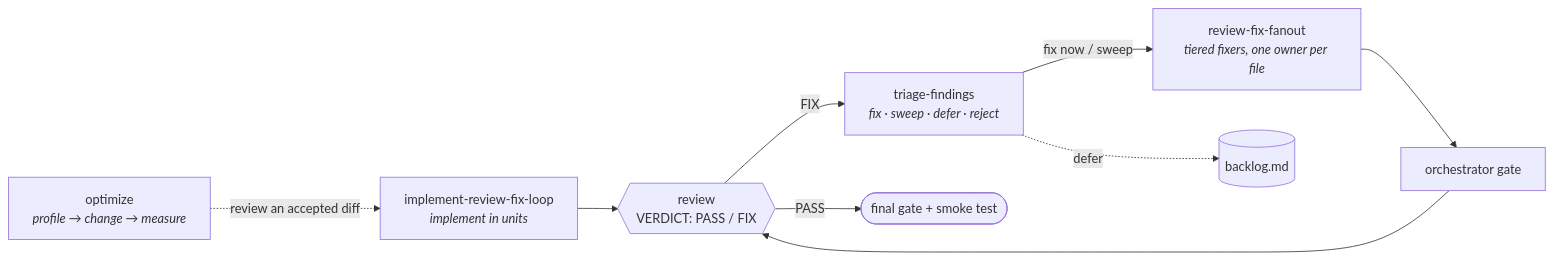
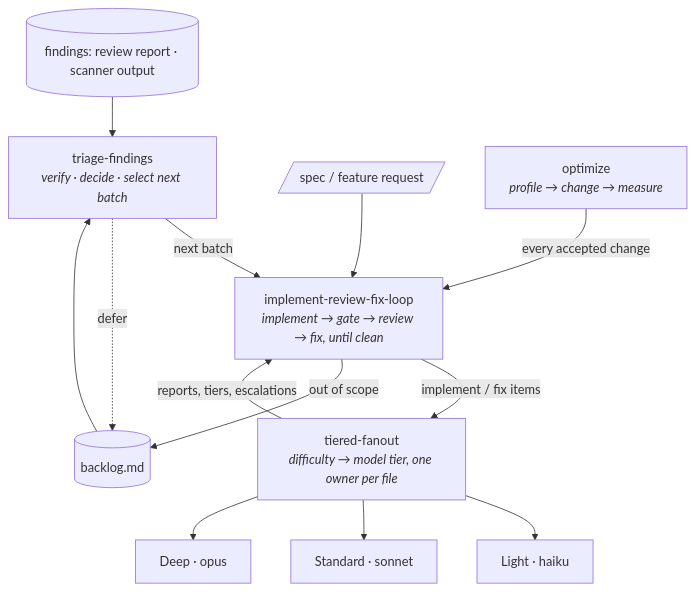
Before and after one commit to precedentlabs/skill-library: the diagram in README.md, drawn with Mermaid. The commit also changed other lines of this file and 18 other files, not shown here.

Commit message:
Rename review-loop to develop-loop: tiered-fanout with per-tier agents, mandatory loop, triage batch selection

````diff
--- a/README.md
+++ b/README.md
@@ -151,12 +227,13 @@
 ```mermaid
-flowchart LR
-    I["implement-review-fix-loop<br/><i>implement in units</i>"] --> R{{"review<br/>VERDICT: PASS / FIX"}}
-    R -- FIX --> T["triage-findings<br/><i>fix · sweep · defer · reject</i>"]
-    T -- "fix now / sweep" --> F["review-fix-fanout<br/><i>tiered fixers, one owner per file</i>"]
-    F --> G["orchestrator gate"]
-    G --> R
-    R -- PASS --> D(["final gate + smoke test"])
-    T -. defer .-> B[("backlog.md")]
-
-    O["optimize<br/><i>profile → change → measure</i>"] -. "review an accepted diff" .-> I
+flowchart TD
+    P[("findings: review report · scanner output")] --> T
+    T["triage-findings<br/><i>verify · decide · select next batch</i>"] -- "next batch" --> L
+    S[/"spec / feature request"/] --> L
+    L["implement-review-fix-loop<br/><i>implement → gate → review → fix, until clean</i>"] -- "implement / fix items" --> F
+    F["tiered-fanout<br/><i>difficulty → model tier, one owner per file</i>"] -- "reports, tiers, escalations" --> L
+    F --> H["Light · haiku"] & M["Standard · sonnet"] & D["Deep · opus"]
+    L -- "out of scope" --> B[("backlog.md")]
+    B --> T
+    T -. defer .-> B
+    O["optimize<br/><i>profile → change → measure</i>"] -- "every accepted change" --> L
 ```
````
